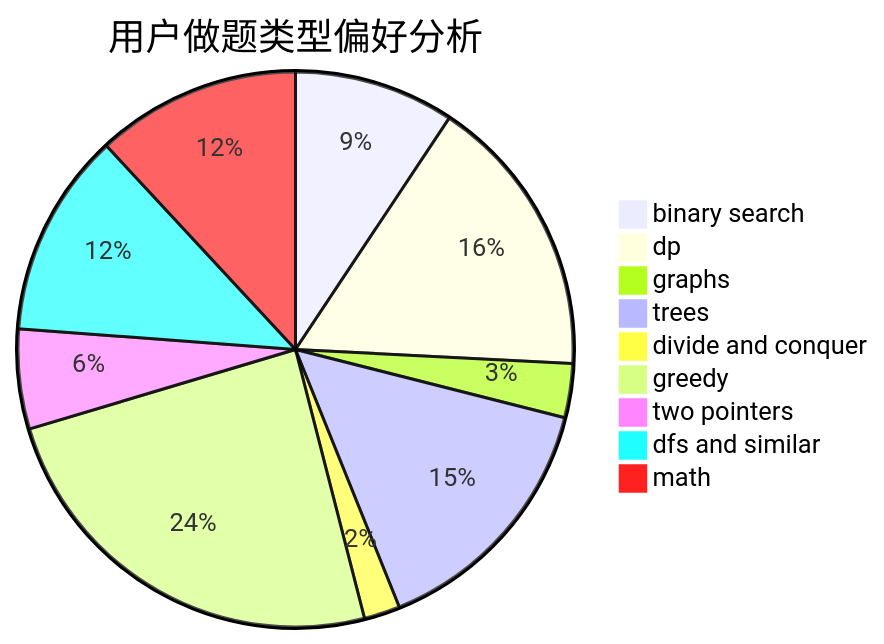
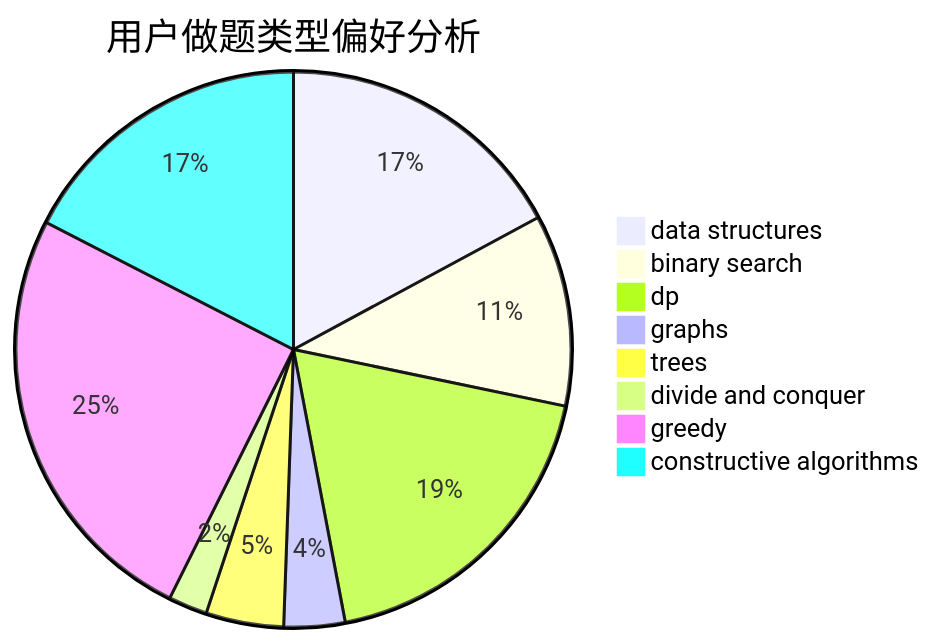
The second of 3 diagrams in docs/user/u1832.md (sherpahu/cfrs.github.io), drawn with Mermaid before and after one commit. The commit also changed other lines of this file and 2775 other files, not shown here.

````diff
--- a/docs/user/u1832.md
+++ b/docs/user/u1832.md
@@ -23,12 +23,11 @@
 ```mermaid
 pie title 用户做题类型偏好分析
-    "binary search" :  98
-    "dp" :  173
-    "graphs" :  33
-    "trees" :  157
-    "divide and conquer" :  22
-    "greedy" :  256
-    "two pointers" :  61
-    "dfs and similar" :  125
-    "math" :  125
+    "data structures" :  106
+    "binary search" :  69
+    "dp" :  116
+    "graphs" :  22
+    "trees" :  28
+    "divide and conquer" :  14
+    "greedy" :  156
+    "constructive algorithms" :  108
 ```
````
